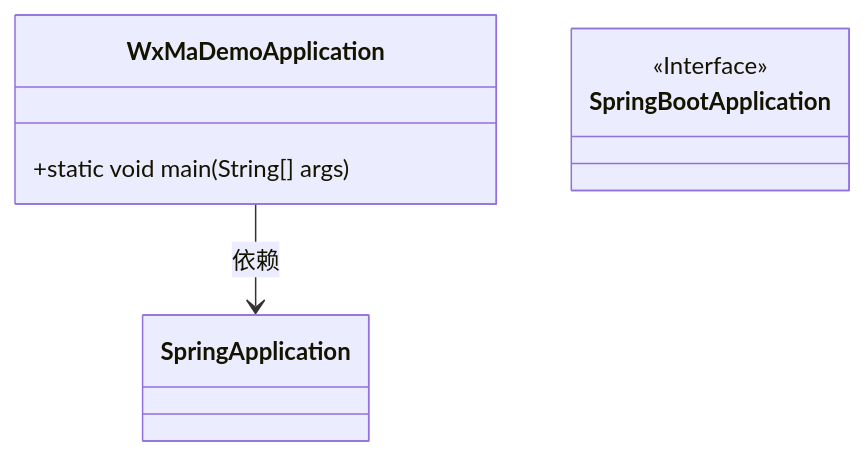
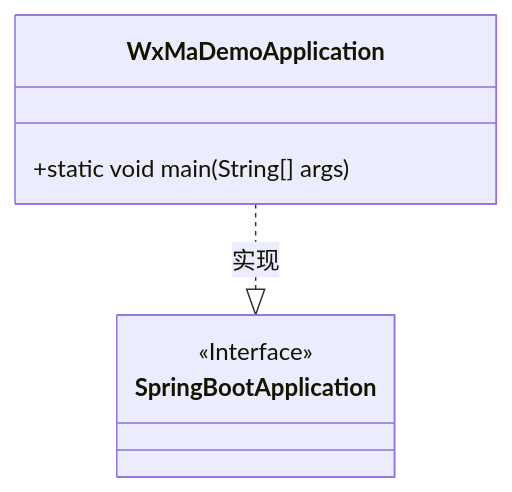
The first of 2 diagrams in docs/zh/docs/src/main/java/com/github/binarywang/demo/wx/miniapp/WxMaDemoApplication.md (v-wjrong/binary_weixin-java-miniapp-demo), drawn with Mermaid before and after one commit. The commit also changed other lines of this file and 47 other files, not shown here.

````diff
--- a/docs/zh/docs/src/main/java/com/github/binarywang/demo/wx/miniapp/WxMaDemoApplication.md
+++ b/docs/zh/docs/src/main/java/com/github/binarywang/demo/wx/miniapp/WxMaDemoApplication.md
@@ -36,12 +36,11 @@
 ```mermaid
 classDiagram
     class WxMaDemoApplication {
         +static void main(String[] args)
     }
 
     class SpringBootApplication <<Interface>> {
-        <<Interface>>
     }
 
-    WxMaDemoApplication --> SpringApplication : 依赖
+    WxMaDemoApplication ..|> SpringBootApplication : 实现
 ```
````
